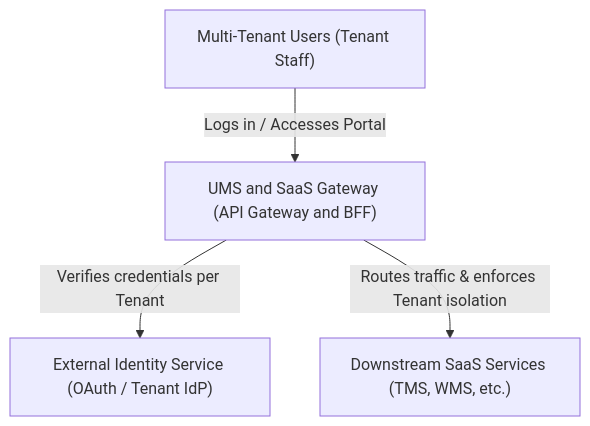
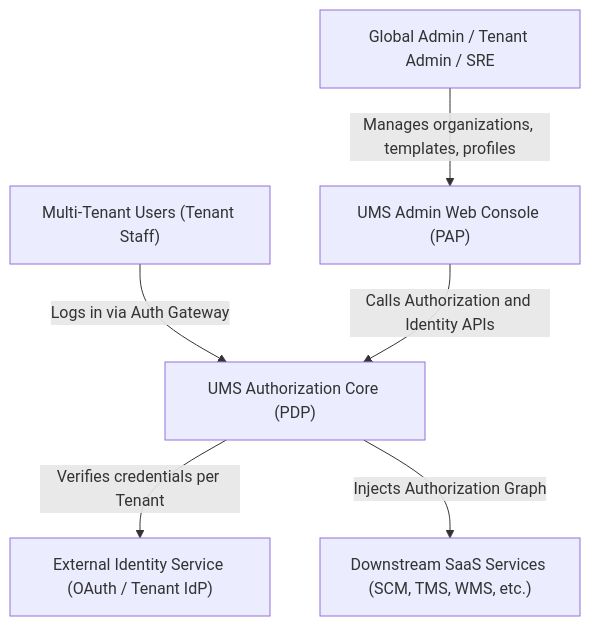
Before and after one commit to beyondnetcode/arc32_nodejs_progresive_monolith: the first of 3 diagrams in ums-workspace/docs/02-architecture/architecture-spec.md, drawn with Mermaid. The commit also changed other lines of this file and 10 other files, not shown here.

````diff
--- a/ums-workspace/docs/02-architecture/architecture-spec.md
+++ b/ums-workspace/docs/02-architecture/architecture-spec.md
@@ -41,11 +41,15 @@
 ```mermaid
 graph TD
     User["Multi-Tenant Users (Tenant Staff)"]
-    UMS["UMS and SaaS Gateway (API Gateway and BFF)"]
+    Admin["Global Admin / Tenant Admin / SRE"]
+    UMS["UMS Authorization Core (PDP)"]
+    UMSConsole["UMS Admin Web Console (PAP)"]
     ExternalAuth["External Identity Service (OAuth / Tenant IdP)"]
-    Downstream["Downstream SaaS Services (TMS, WMS, etc.)"]
+    Downstream["Downstream SaaS Services (SCM, TMS, WMS, etc.)"]
 
-    User -->|Logs in / Accesses Portal| UMS
+    User -->|Logs in via Auth Gateway| UMS
+    Admin -->|Manages organizations, templates, profiles| UMSConsole
+    UMSConsole -->|Calls Authorization and Identity APIs| UMS
     UMS -->|Verifies credentials per Tenant| ExternalAuth
-    UMS -->|Routes traffic & enforces Tenant isolation| Downstream
+    UMS -->|Injects Authorization Graph| Downstream
 ```
````
